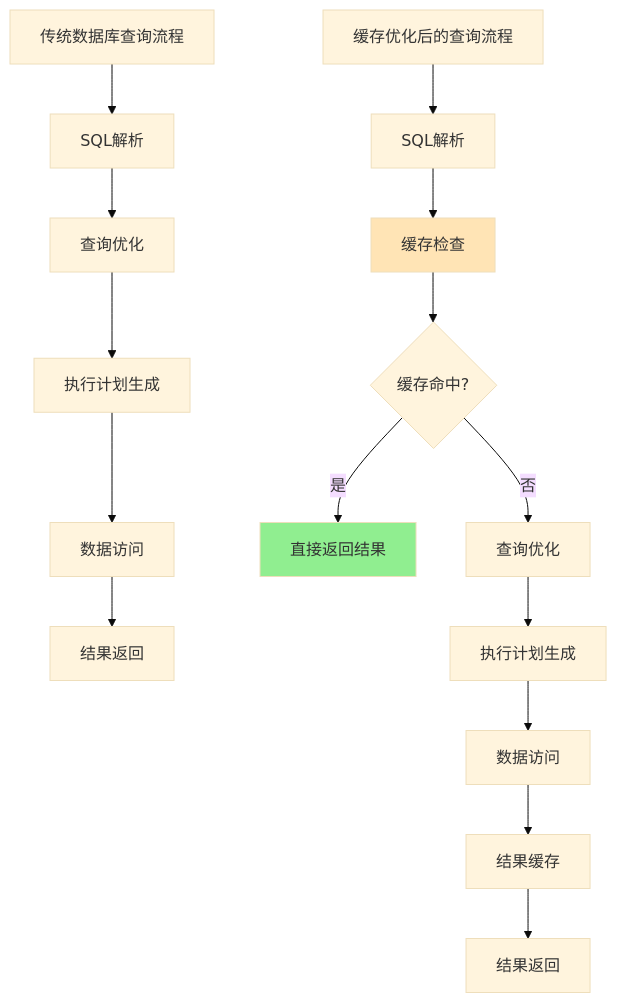
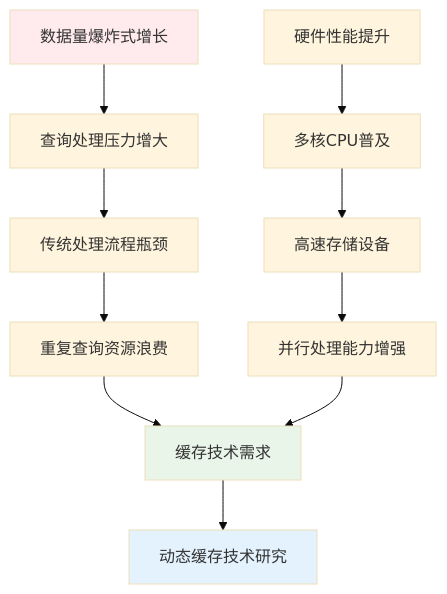
The first of 2 diagrams in md/第一章-绪论.md (crazypenguincode/duckdb), drawn with Mermaid (base theme) before and after one commit. The commit also changed other lines of this file and 361 other files, not shown here.

````diff
--- a/md/第一章-绪论.md
+++ b/md/第一章-绪论.md
@@ -7,21 +11,18 @@
 ```mermaid
-graph TD
-    A[传统数据库查询流程] --> B[SQL解析]
-    B --> C[查询优化]
-    C --> D[执行计划生成]
-    D --> E[数据访问]
-    E --> F[结果返回]
+graph TB
+    A[数据量爆炸式增长] --> B[查询处理压力增大]
+    B --> C[传统处理流程瓶颈]
+    C --> D[重复查询资源浪费]
+    D --> E[缓存技术需求]
     
-    G[缓存优化后的查询流程] --> H[SQL解析]
-    H --> I[缓存检查]
-    I --> J{缓存命中?}
-    J -->|是| K[直接返回结果]
-    J -->|否| L[查询优化]
-    L --> M[执行计划生成]
-    M --> N[数据访问]
-    N --> O[结果缓存]
-    O --> P[结果返回]
+    F[硬件性能提升] --> G[多核CPU普及]
+    G --> H[高速存储设备]
+    H --> I[并行处理能力增强]
+    I --> E
     
-    style K fill:#90EE90
-    style I fill:#FFE4B5
+    E --> J[动态缓存技术研究]
+    
+    style A fill:#ffebee
+    style E fill:#e8f5e8
+    style J fill:#e3f2fd
 ```
````
